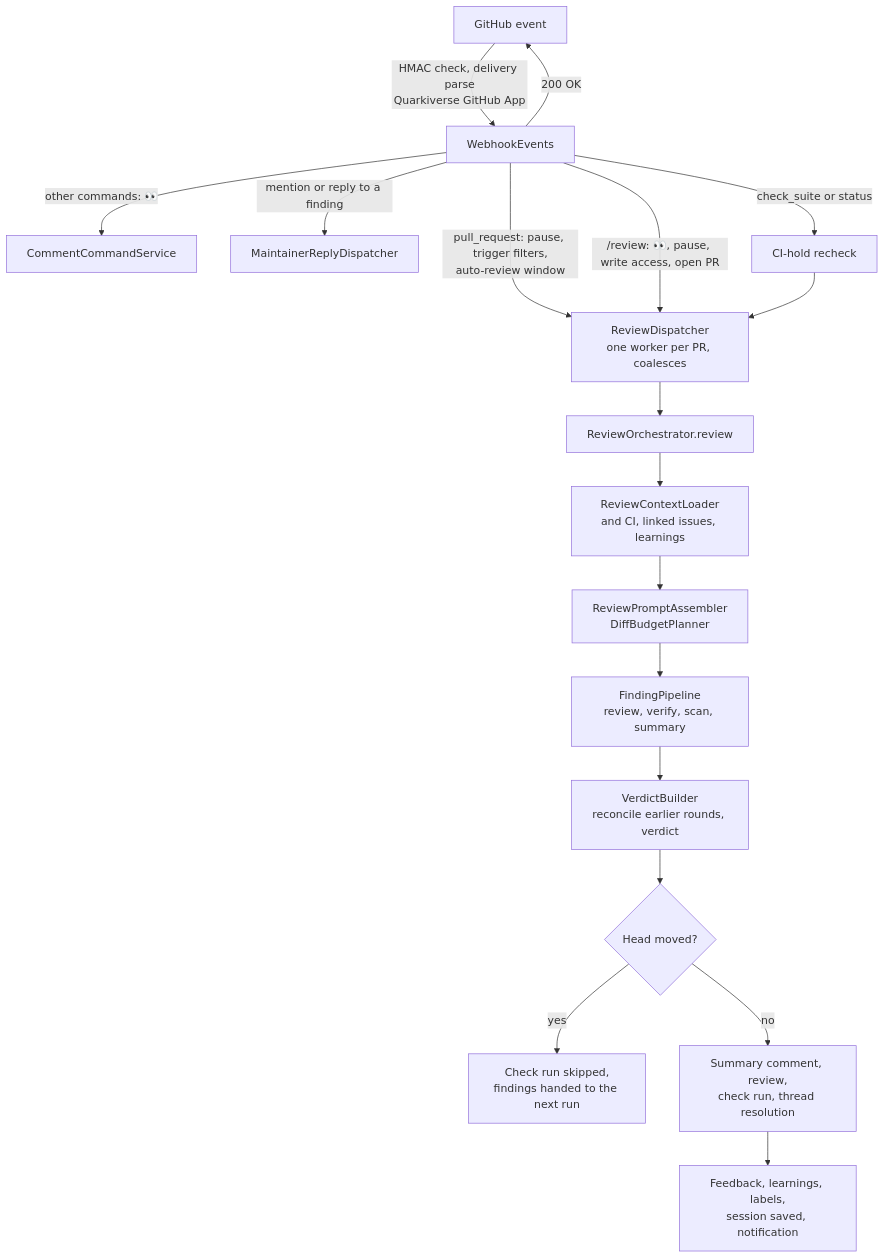
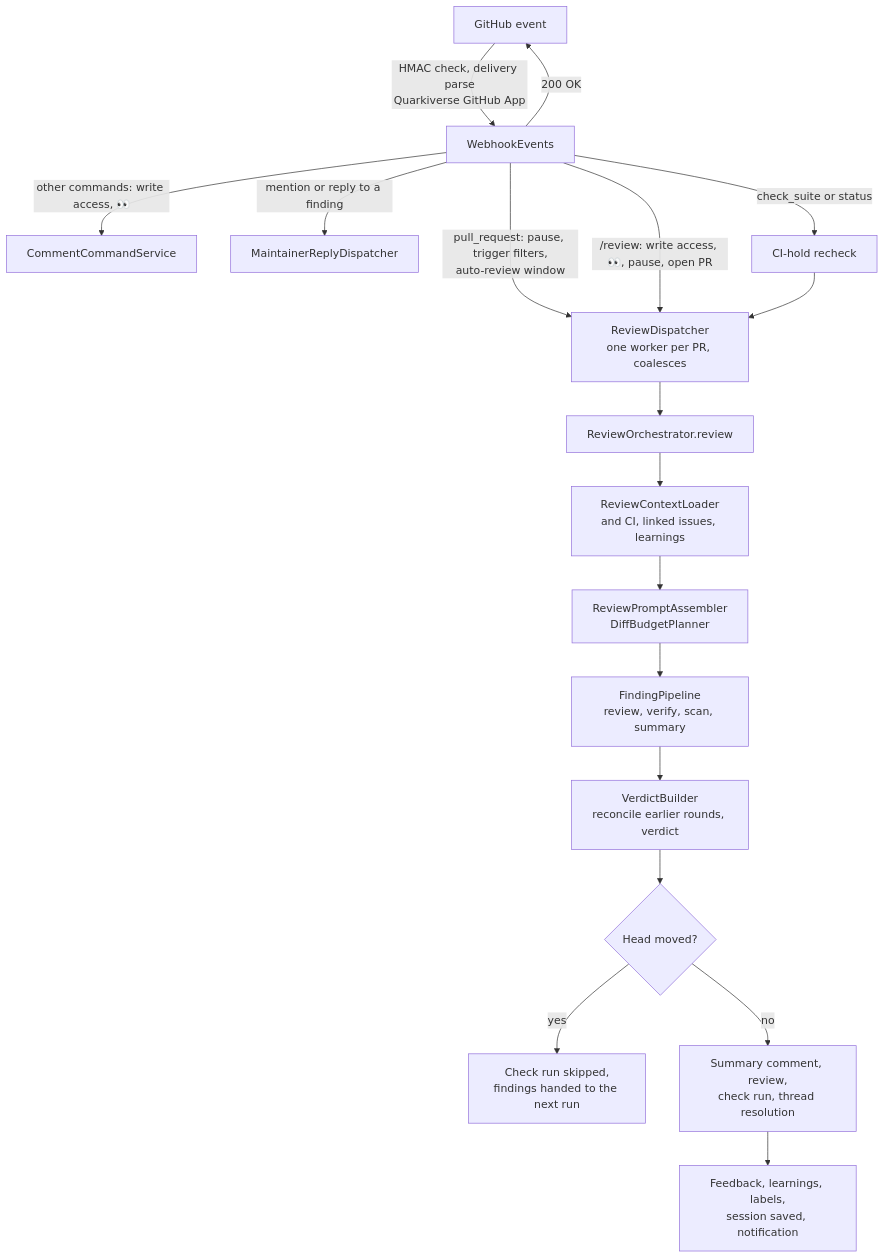
One commit to devops-thiago/ThrillhouseBot changed the second of 4 diagrams in docs/ARCHITECTURE.md. Above: the diagram before and after it, drawn with Mermaid. The commit also changed other lines of this file and 28 other files, not shown here.

First line of the commit message:
fix(review): limit automatic reviews by default and check write access before the bot posts (#1500)

````diff
--- a/docs/ARCHITECTURE.md
+++ b/docs/ARCHITECTURE.md
@@ -55,20 +55,20 @@
 ```mermaid
 flowchart TD
     GH[GitHub event] -->|HMAC check, delivery parse<br/>Quarkiverse GitHub App| WH[WebhookEvents]
     WH -->|pull_request: pause, trigger filters,<br/>auto-review window| DSP
-    WH -->|/review: 👀, pause, write access, open PR| DSP
-    WH -->|other commands: 👀| CMD[CommentCommandService]
+    WH -->|/review: write access, 👀, pause, open PR| DSP
+    WH -->|other commands: write access, 👀| CMD[CommentCommandService]
     WH -->|mention or reply to a finding| REP[MaintainerReplyDispatcher]
     WH -->|check_suite or status| CIR[CI-hold recheck]
     WH -->|200 OK| GH
     CIR --> DSP
     DSP[ReviewDispatcher<br/>one worker per PR, coalesces] --> RO[ReviewOrchestrator.review]
     RO --> CTX[ReviewContextLoader<br/>and CI, linked issues, learnings]
     CTX --> PLAN[ReviewPromptAssembler<br/>DiffBudgetPlanner]
     PLAN --> FP[FindingPipeline<br/>review, verify, scan, summary]
     FP --> VB[VerdictBuilder<br/>reconcile earlier rounds, verdict]
     VB --> HM{Head moved?}
     HM -->|yes| SKIP[Check run skipped,<br/>findings handed to the next run]
     HM -->|no| PUB[Summary comment, review,<br/>check run, thread resolution]
     PUB --> POST[Feedback, learnings, labels,<br/>session saved, notification]
 ```
````
